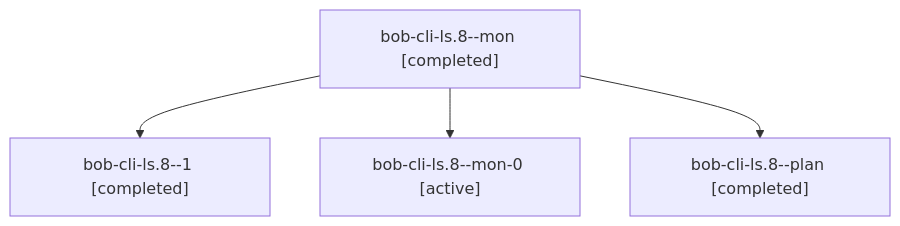
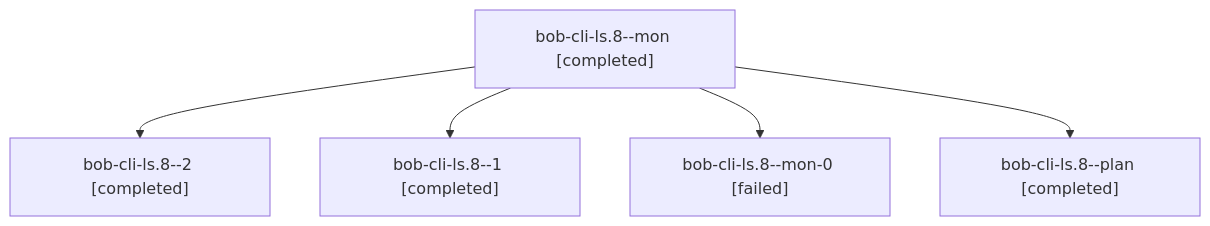
The diagram in sessions/bbugyi200.athena.bob-cli-ls.8.md (bobs-org/bob-cli--agents), drawn with Mermaid before and after one commit. The commit also changed other lines of this file and 65 other files, not shown here.

````diff
--- a/sessions/bbugyi200.athena.bob-cli-ls.8.md
+++ b/sessions/bbugyi200.athena.bob-cli-ls.8.md
@@ -9,10 +9,12 @@
 ```mermaid
 flowchart TD
   n0["bob-cli-ls.8--mon [completed]"]
-  n1["bob-cli-ls.8--1 [completed]"]
+  n1["bob-cli-ls.8--2 [completed]"]
   n0 --> n1
-  n2["bob-cli-ls.8--mon-0 [active]"]
+  n2["bob-cli-ls.8--1 [completed]"]
   n0 --> n2
-  n3["bob-cli-ls.8--plan [completed]"]
+  n3["bob-cli-ls.8--mon-0 [failed]"]
   n0 --> n3
+  n4["bob-cli-ls.8--plan [completed]"]
+  n0 --> n4
 ```
````
